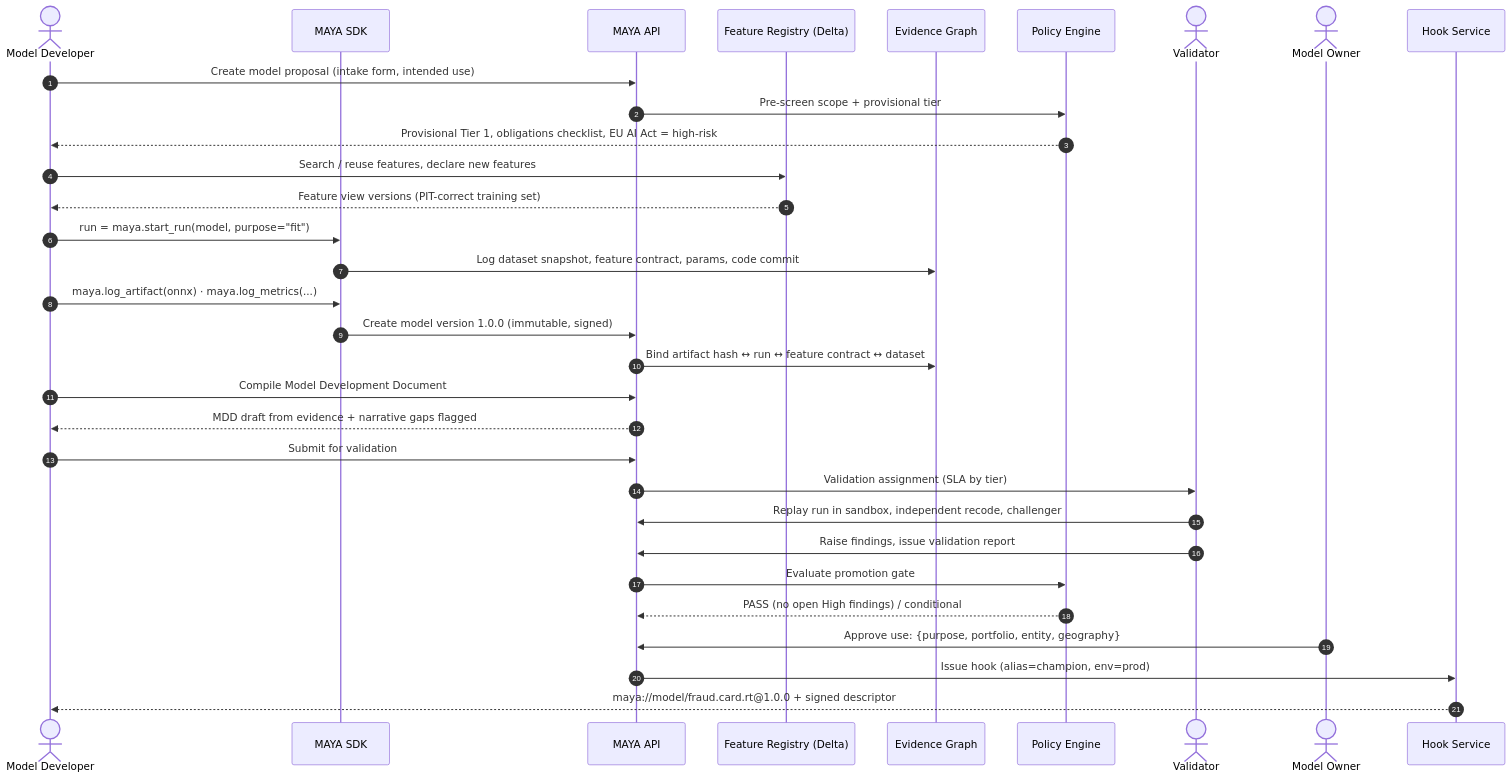
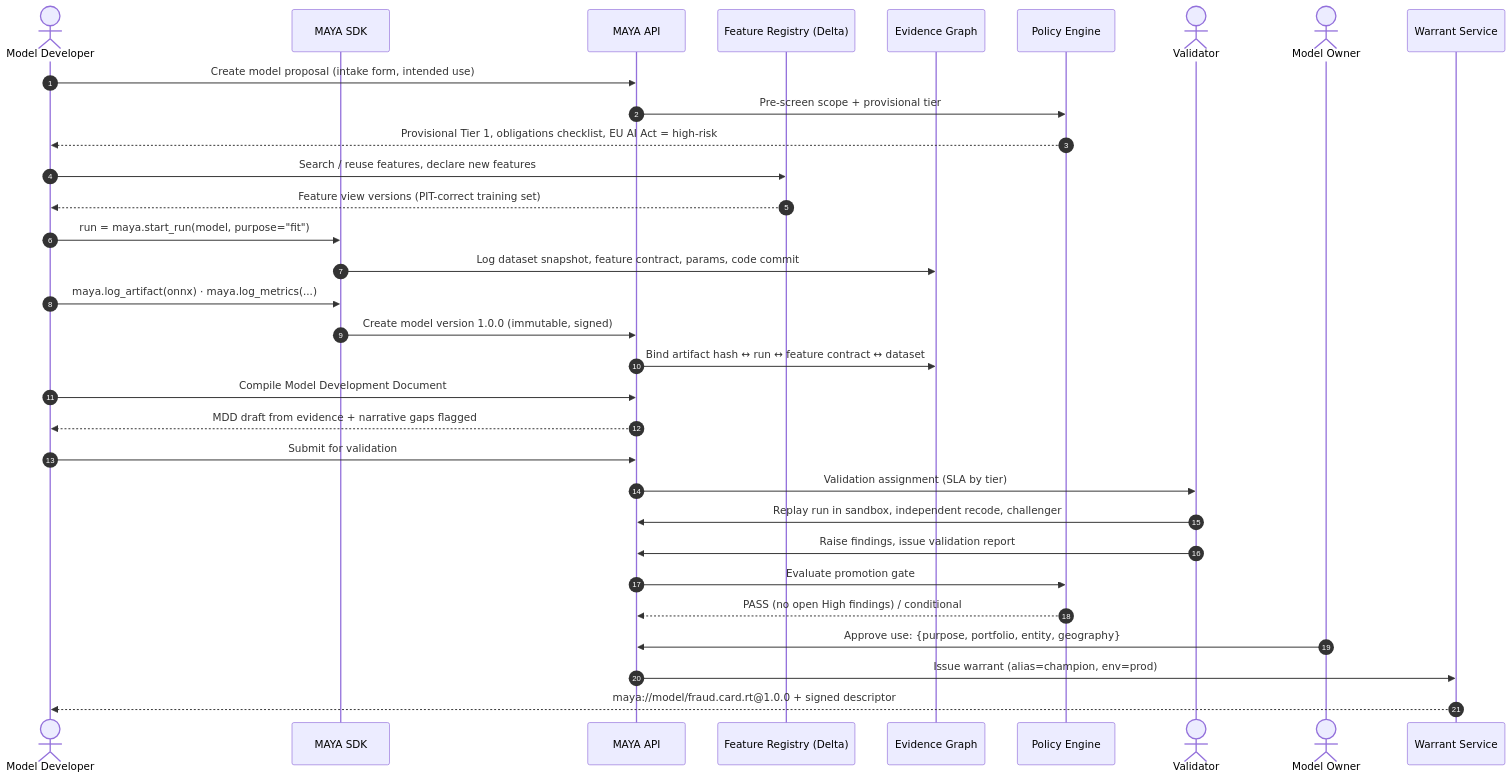
Before and after one commit to ajsinha/maya: the second of 3 diagrams in docs/03-requirements.md, drawn with Mermaid. The commit also changed other lines of this file and 50 other files, not shown here.

````diff
--- a/docs/03-requirements.md
+++ b/docs/03-requirements.md
@@ -156,35 +156,35 @@
 ```mermaid
 sequenceDiagram
     autonumber
     actor Dev as Model Developer
     participant SDK as MAYA SDK
     participant API as MAYA API
     participant FS as Feature Registry (Delta)
     participant EV as Evidence Graph
     participant POL as Policy Engine
     actor Val as Validator
     actor Own as Model Owner
-    participant HK as Hook Service
+    participant HK as Warrant Service
 
     Dev->>API: Create model proposal (intake form, intended use)
     API->>POL: Pre-screen scope + provisional tier
     POL-->>Dev: Provisional Tier 1, obligations checklist, EU AI Act = high-risk
     Dev->>FS: Search / reuse features, declare new features
     FS-->>Dev: Feature view versions (PIT-correct training set)
     Dev->>SDK: run = maya.start_run(model, purpose="fit")
     SDK->>EV: Log dataset snapshot, feature contract, params, code commit
     Dev->>SDK: maya.log_artifact(onnx) · maya.log_metrics(...)
     SDK->>API: Create model version 1.0.0 (immutable, signed)
     API->>EV: Bind artifact hash ↔ run ↔ feature contract ↔ dataset
     Dev->>API: Compile Model Development Document
     API-->>Dev: MDD draft from evidence + narrative gaps flagged
     Dev->>API: Submit for validation
     API->>Val: Validation assignment (SLA by tier)
     Val->>API: Replay run in sandbox, independent recode, challenger
     Val->>API: Raise findings, issue validation report
     API->>POL: Evaluate promotion gate
     POL-->>API: PASS (no open High findings) / conditional
     Own->>API: Approve use: {purpose, portfolio, entity, geography}
-    API->>HK: Issue hook (alias=champion, env=prod)
+    API->>HK: Issue warrant (alias=champion, env=prod)
     HK-->>Dev: maya://model/fraud.card.rt@1.0.0 + signed descriptor
 ```
````
